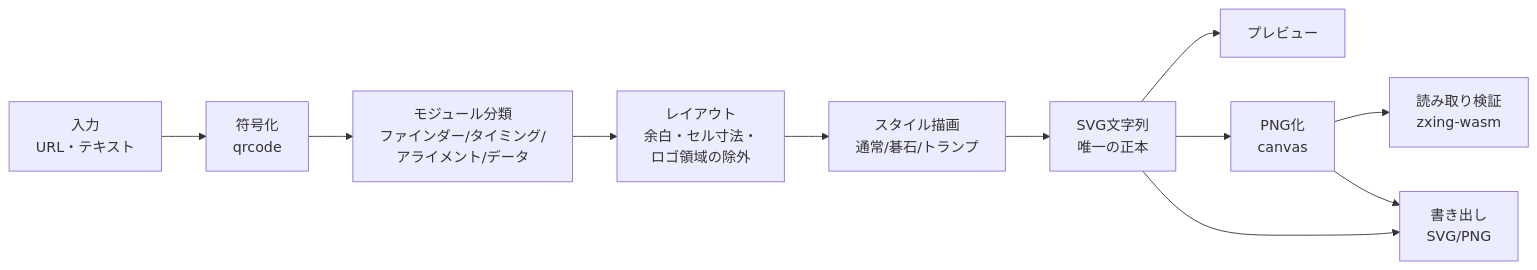
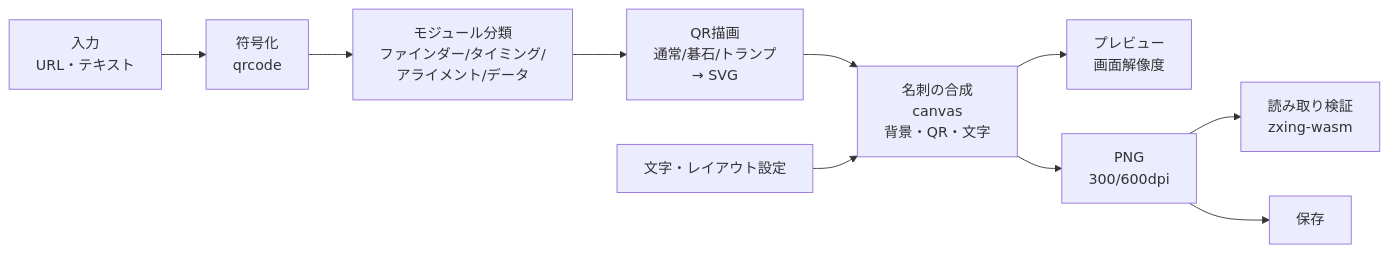
Before and after one commit to kaznaritanaka-ctrl/QRcode-Converter: the diagram in docs/DESIGN.md, drawn with Mermaid. The commit also changed other lines of this file, not shown here.

````diff
--- a/docs/DESIGN.md
+++ b/docs/DESIGN.md
@@ -73,13 +79,12 @@
 ```mermaid
 flowchart LR
   A[入力<br/>URL・テキスト] --> B[符号化<br/>qrcode]
   B --> C[モジュール分類<br/>ファインダー/タイミング/<br/>アライメント/データ]
-  C --> D[レイアウト<br/>余白・セル寸法・<br/>ロゴ領域の除外]
-  D --> E[スタイル描画<br/>通常/碁石/トランプ]
-  E --> F[SVG文字列<br/>唯一の正本]
-  F --> G[プレビュー]
-  F --> H[PNG化<br/>canvas]
-  H --> I[読み取り検証<br/>zxing-wasm]
-  F --> J[書き出し<br/>SVG/PNG]
-  H --> J
+  C --> D[QR描画<br/>通常/碁石/トランプ<br/>→ SVG]
+  D --> E[名刺の合成<br/>canvas<br/>背景・QR・文字]
+  T[文字・レイアウト設定] --> E
+  E --> F[プレビュー<br/>画面解像度]
+  E --> G[PNG<br/>300/600dpi]
+  G --> H[読み取り検証<br/>zxing-wasm]
+  G --> I[保存]
 ```
````
